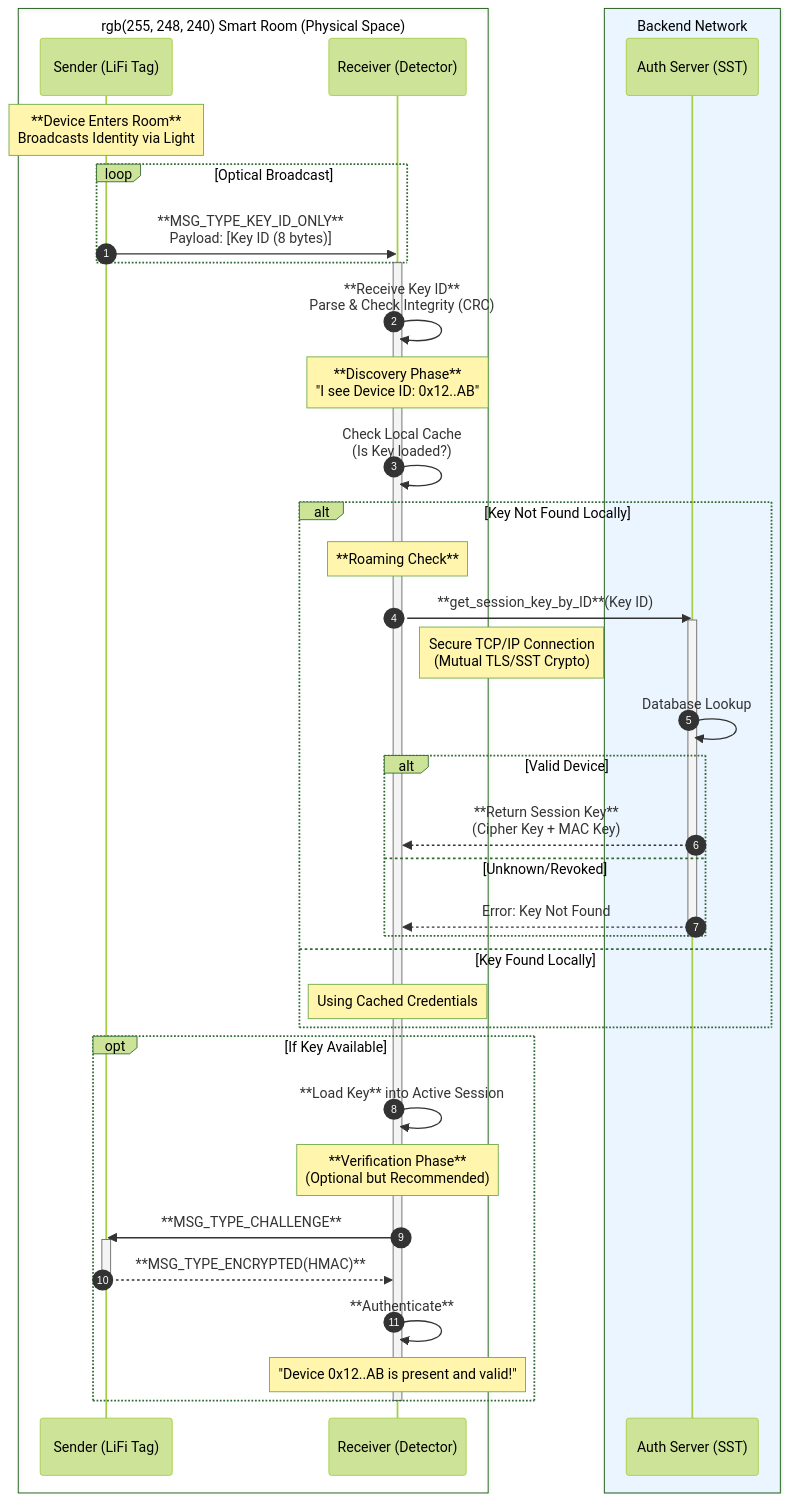
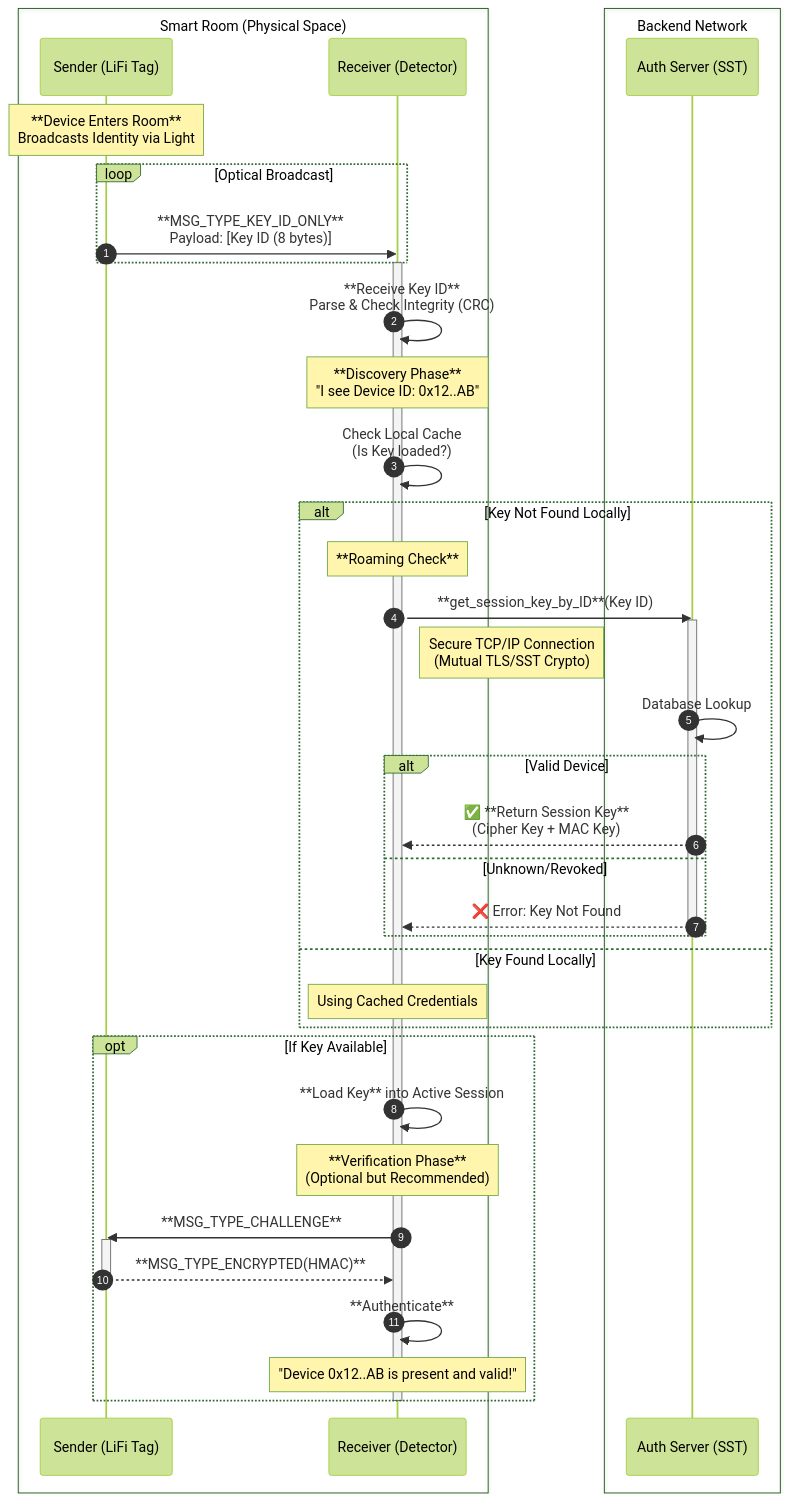
The diagram in diagrams/room_communication.md (iotauth/lifi-auth), drawn with Mermaid (forest theme) before and after one commit. The commit also changed 3 other files, not shown here.

Commit message:
diagrams for ask_receiver and flash_receiver

````diff
--- a/diagrams/room_communication.md
+++ b/diagrams/room_communication.md
@@ -5,60 +5,60 @@
 ```mermaid
 sequenceDiagram
     autonumber
     
-    box rgb(255, 248, 240) Smart Room (Physical Space)
+    box Smart Room (Physical Space)
         participant Pico as Sender (LiFi Tag)
         participant Pi4 as Receiver (Detector)
     end
     
-    box rgb(235, 245, 255) Backend Network
+    box Backend Network
         participant SST as Auth Server (SST)
     end
 
     Note over Pico: **Device Enters Room**<br/>Broadcasts Identity via Light
     
     loop Optical Broadcast
         Pico->>Pi4: **MSG_TYPE_KEY_ID_ONLY**<br/>Payload: [Key ID (8 bytes)]
     end
     
     activate Pi4
     Pi4->>Pi4: **Receive Key ID**<br/>Parse & Check Integrity (CRC)
     
     Note over Pi4: **Discovery Phase**<br/>"I see Device ID: 0x12..AB"
     
     Pi4->>Pi4: Check Local Cache<br/>(Is Key loaded?)
     
     alt Key Not Found Locally
         Note over Pi4: **Roaming Check**
         Pi4->>SST: **get_session_key_by_ID**(Key ID)
         activate SST
         
         Note right of Pi4: Secure TCP/IP Connection<br/>(Mutual TLS/SST Crypto)
         
         SST->>SST: Database Lookup
         
         alt Valid Device
-            SST-->>Pi4: **Return Session Key**<br/>(Cipher Key + MAC Key)
+            SST-->>Pi4: ✅ **Return Session Key**<br/>(Cipher Key + MAC Key)
         else Unknown/Revoked
-            SST-->>Pi4: Error: Key Not Found
+            SST-->>Pi4: ❌ Error: Key Not Found
         end
         deactivate SST
     else Key Found Locally
         Note over Pi4: Using Cached Credentials
     end
     
     opt If Key Available
         Pi4->>Pi4: **Load Key** into Active Session
         
         Note over Pi4: **Verification Phase**<br/>(Optional but Recommended)
         
         Pi4->>Pico: **MSG_TYPE_CHALLENGE**
         activate Pico
         Pico-->>Pi4: **MSG_TYPE_ENCRYPTED(HMAC)**
         deactivate Pico
         
         Pi4->>Pi4: **Authenticate**
         Note over Pi4: "Device 0x12..AB is present and valid!"
     end
     deactivate Pi4
 ```
````
